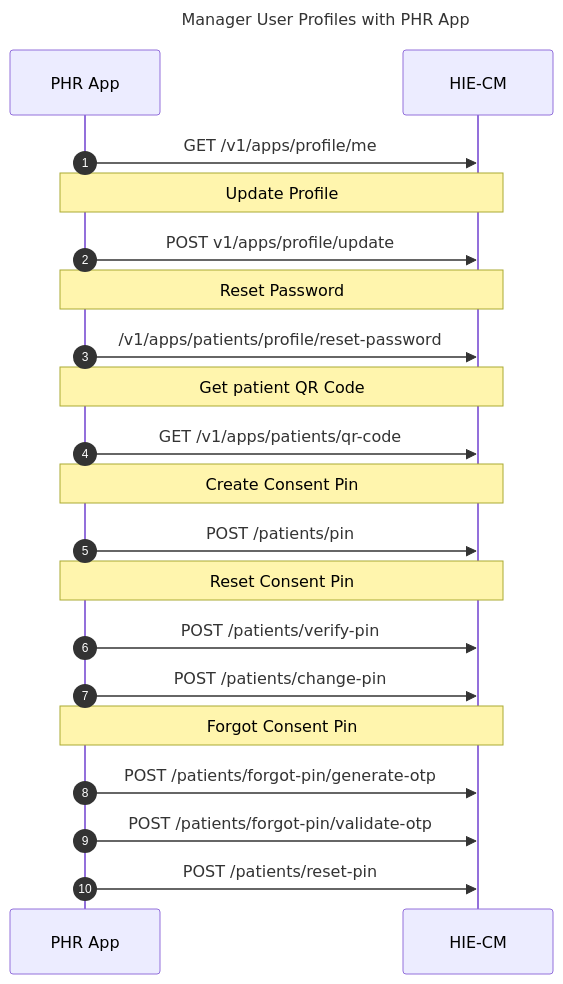
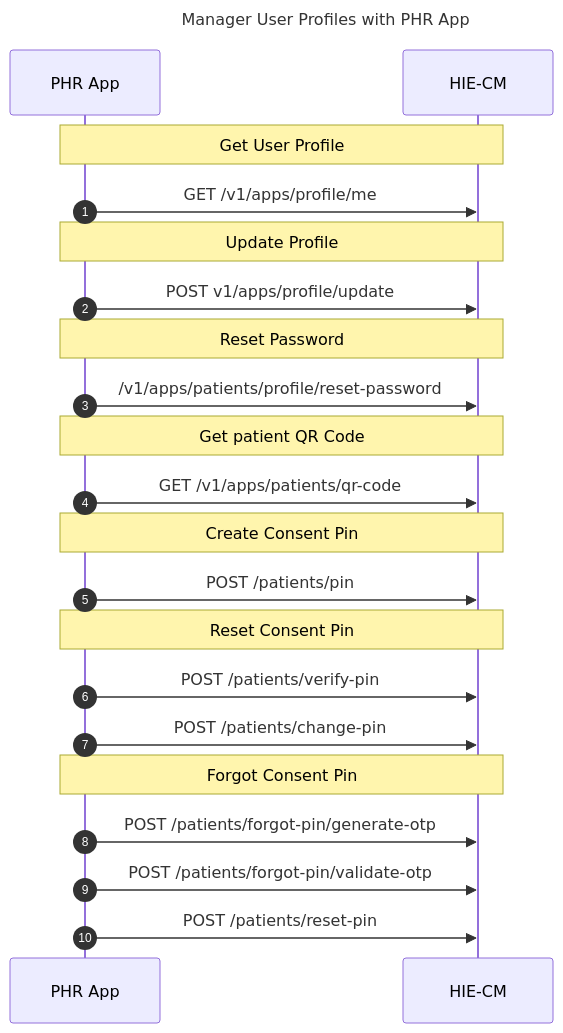
Before and after one commit to kiranma72/abdm-docs: the diagram in content/5-building-a-phr-app/manage-user.md, drawn with Mermaid. The commit also changed 5 other files, not shown here.

```diff
--- a/content/5-building-a-phr-app/manage-user.md
+++ b/content/5-building-a-phr-app/manage-user.md
@@ -76,21 +76,22 @@
 {{< mermaid >}}
 %%{init:{"fontSize": "1.0rem", "sequence":{"showSequenceNumbers":true}}}%%
 sequenceDiagram
 title Manager User Profiles with PHR App
+note over PHR App,HIE-CM: Get User Profile
 PHR App->>HIE-CM:GET /v1/apps/profile/me
 note over PHR App,HIE-CM: Update Profile
 PHR App->>HIE-CM:POST v1/apps/profile/update
 note over PHR App,HIE-CM: Reset Password
 PHR App->>HIE-CM:/v1/apps/patients/profile/reset-password
 note over PHR App,HIE-CM: Get patient QR Code
 PHR App->>HIE-CM:GET /v1/apps/patients/qr-code
 note over PHR App,HIE-CM: Create Consent Pin
 PHR App->>HIE-CM:POST /patients/pin
 note over PHR App,HIE-CM: Reset Consent Pin
 PHR App->>HIE-CM:POST /patients/verify-pin
 PHR App->>HIE-CM:POST /patients/change-pin
 note over PHR App,HIE-CM: Forgot Consent Pin
 PHR App->>HIE-CM:POST /patients/forgot-pin/generate-otp
 PHR App->>HIE-CM:POST /patients/forgot-pin/validate-otp
 PHR App->>HIE-CM:POST /patients/reset-pin
 {{< /mermaid >}}
```
